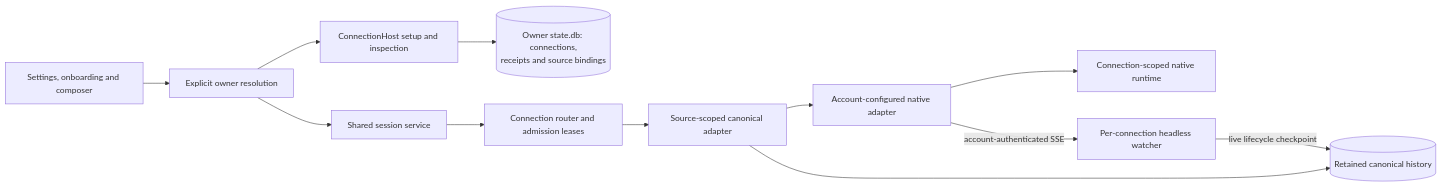
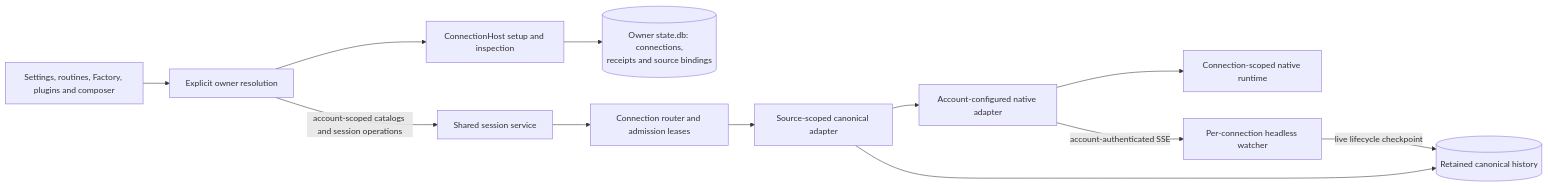
One commit to ocman/ocman changed the diagram in docs/other/architecture-platform-connections.md. Above: the diagram before and after it, drawn with Mermaid. The commit also changed other lines of this file and 52 other files, not shown here.

````diff
--- a/docs/other/architecture-platform-connections.md
+++ b/docs/other/architecture-platform-connections.md
@@ -12,14 +12,14 @@
 ```mermaid
 flowchart LR
-    Browser[Settings, onboarding and composer] --> Owner[Explicit owner resolution]
+    Browser[Settings, routines, Factory, plugins and composer] --> Owner[Explicit owner resolution]
     Owner --> Setup[ConnectionHost setup and inspection]
     Setup --> Store[(Owner state.db: connections,<br/>receipts and source bindings)]
-    Owner --> Sessions[Shared session service]
+    Owner -->|account-scoped catalogs and session operations| Sessions[Shared session service]
     Sessions --> Router[Connection router and admission leases]
     Router --> Canonical[Source-scoped canonical adapter]
     Canonical --> Native[Account-configured native adapter]
     Canonical --> History[(Retained canonical history)]
     Native --> Runtime[Connection-scoped native runtime]
     Native -->|account-authenticated SSE| Watcher[Per-connection headless watcher]
     Watcher -->|live lifecycle checkpoint| History
 ```
````
